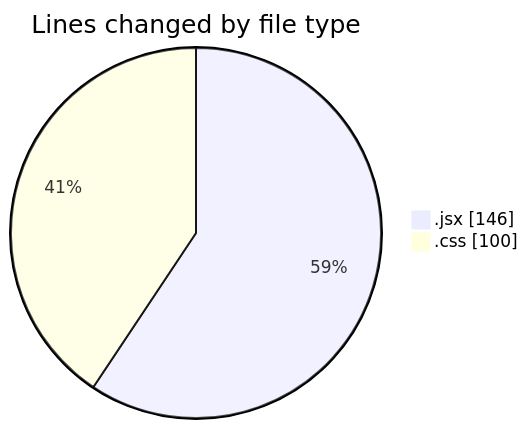
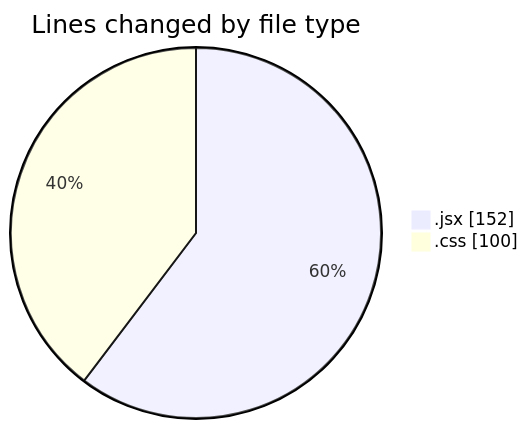
One commit to Elitesun/code-tracking changed the first of 2 diagrams in 2025-03-08/elitesgpt/README.md. Above: the diagram before and after it, drawn with Mermaid. The commit also changed other lines of this file and 1 other file, not shown here.

````diff
--- a/2025-03-08/elitesgpt/README.md
+++ b/2025-03-08/elitesgpt/README.md
@@ -22,6 +22,6 @@
 ```mermaid
 pie showData
 title Lines changed by file type
-".jsx" : 146
+".jsx" : 152
 ".css" : 100
 ```
````
